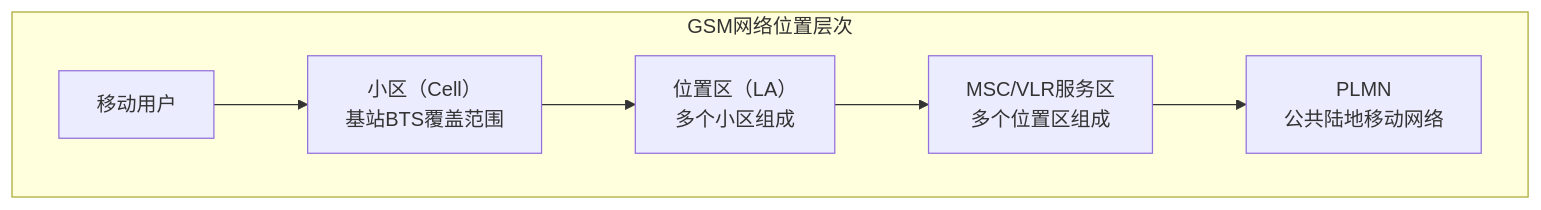
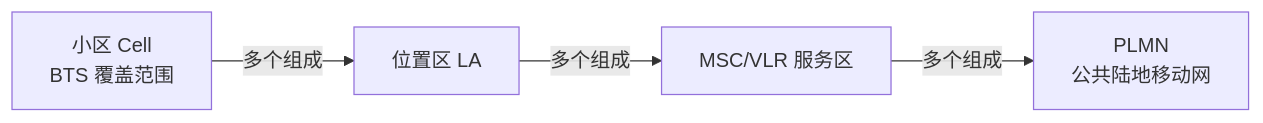
One commit to Dtheme/CS-base changed the second of 12 diagrams in 计算机网络/7.7无线网络：蜂窝移动性.md. Above: the diagram before and after it, drawn with Mermaid. The commit also changed other lines of this file and 51 other files, not shown here.

````diff
--- a/计算机网络/7.7无线网络：蜂窝移动性.md
+++ b/计算机网络/7.7无线网络：蜂窝移动性.md
@@ -86,15 +87,6 @@
 ```mermaid
-graph TB
-    subgraph "GSM网络位置层次"
-        User["移动用户"]
-        Cell["小区（Cell）<br/>基站BTS覆盖范围"]
-        LA["位置区（LA）<br/>多个小区组成"]
-        MSC["MSC/VLR服务区<br/>多个位置区组成"]
-        PLMN["PLMN<br/>公共陆地移动网络"]
-        
-        User --> Cell
-        Cell --> LA
-        LA --> MSC
-        MSC --> PLMN
-    end
+graph LR
+    Cell["小区 Cell<br/>BTS 覆盖范围"] -->|多个组成| LA["位置区 LA"]
+    LA -->|多个组成| Area["MSC/VLR 服务区"]
+    Area -->|多个组成| PLMN["PLMN<br/>公共陆地移动网"]
 ```
````
